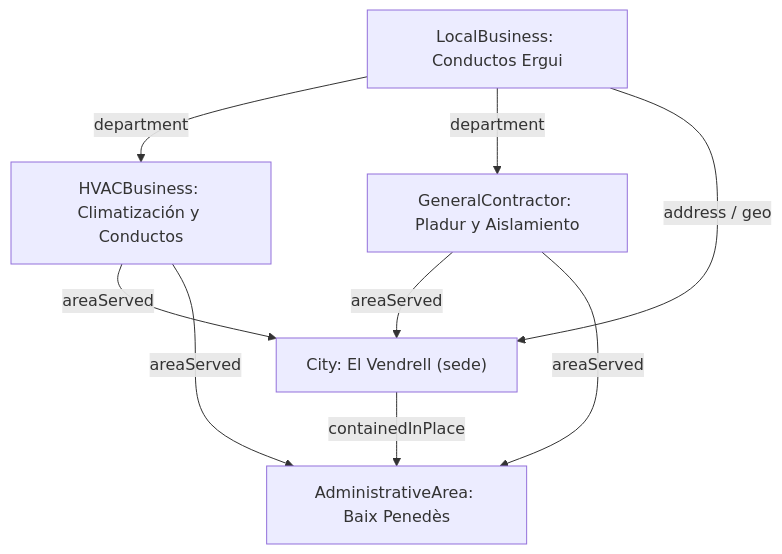
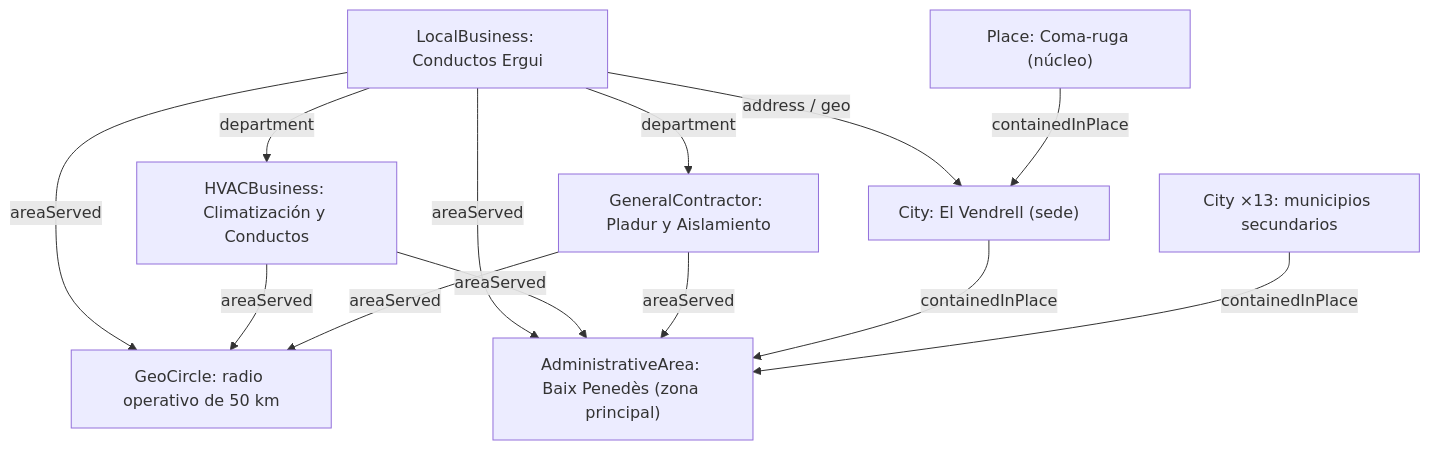
One commit to Conductosergui/web changed the diagram in arquitectura/silo-web.md. Above: the diagram before and after it, drawn with Mermaid. The commit also changed other lines of this file and 6 other files, not shown here.

````diff
--- a/arquitectura/silo-web.md
+++ b/arquitectura/silo-web.md
@@ -50,19 +50,26 @@
 ```mermaid
 graph TD
     Negocio["LocalBusiness: Conductos Ergui"]
     Clima["HVACBusiness: Climatización y Conductos"]
     Pladur["GeneralContractor: Pladur y Aislamiento"]
     Vendrell["City: El Vendrell (sede)"]
-    Comarca["AdministrativeArea: Baix Penedès"]
+    ComaRuga["Place: Coma-ruga (núcleo)"]
+    Comarca["AdministrativeArea: Baix Penedès (zona principal)"]
+    Radio["GeoCircle: radio operativo de 50 km"]
+    Secundarios["City ×13: municipios secundarios"]
 
     Negocio -->|department| Clima
     Negocio -->|department| Pladur
     Negocio -->|address / geo| Vendrell
 
-    Clima -->|areaServed| Vendrell
+    Negocio -->|areaServed| Radio
+    Negocio -->|areaServed| Comarca
+    Clima -->|areaServed| Radio
     Clima -->|areaServed| Comarca
-    Pladur -->|areaServed| Vendrell
+    Pladur -->|areaServed| Radio
     Pladur -->|areaServed| Comarca
 
     Vendrell -->|containedInPlace| Comarca
+    ComaRuga -->|containedInPlace| Vendrell
+    Secundarios -->|containedInPlace| Comarca
 ```
````
